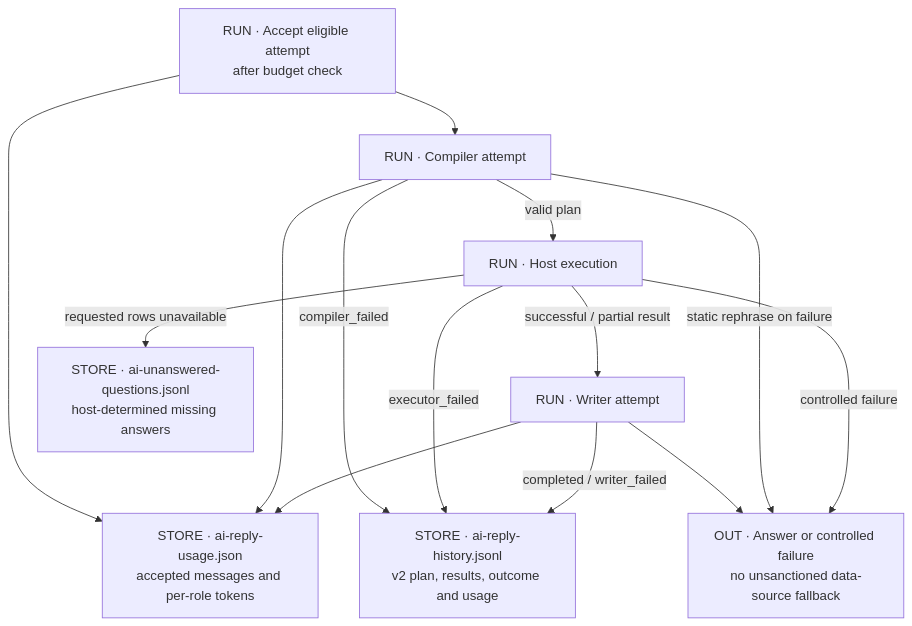
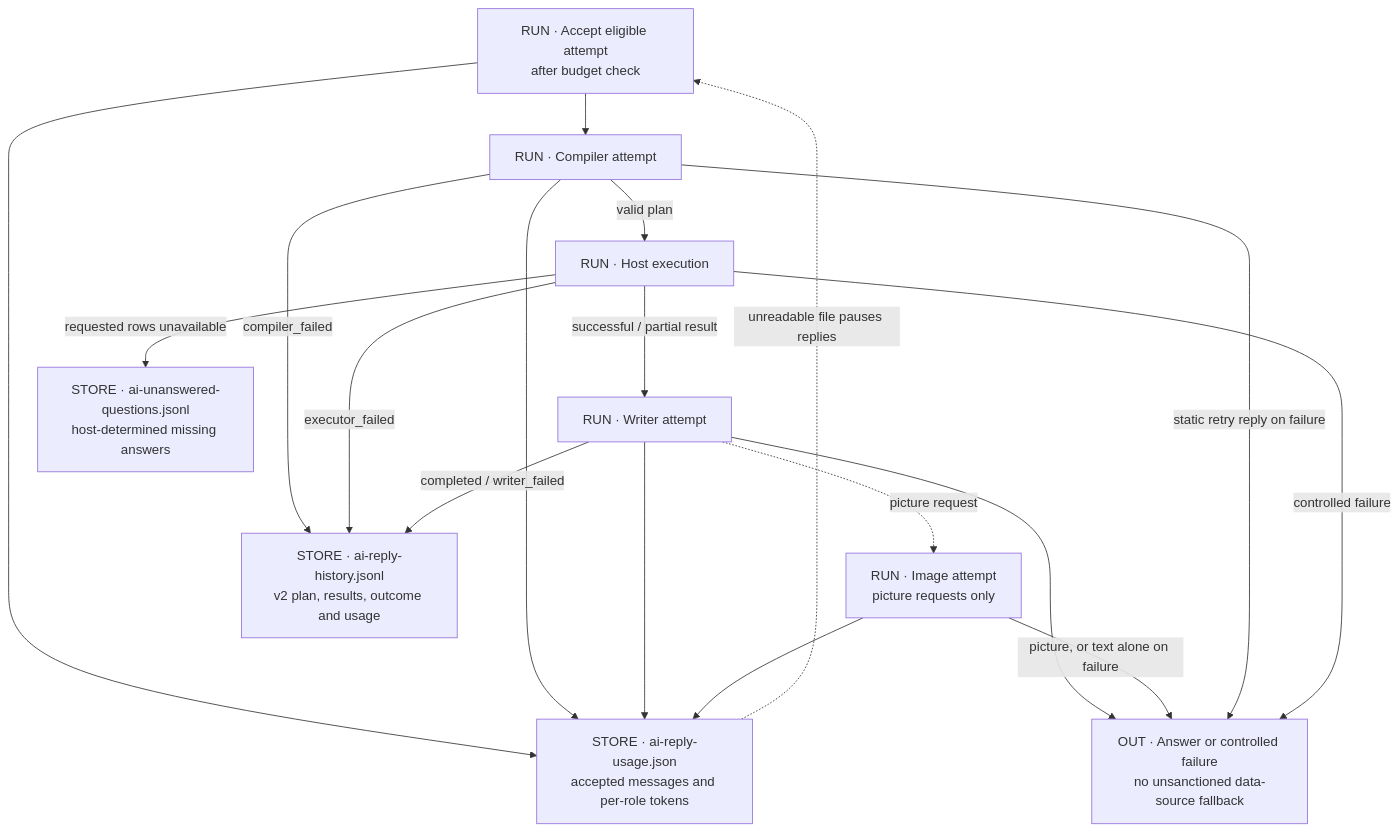
Before and after one commit to raymdl/kdm-bf6-rankings: the third of 4 diagrams in atlas/AI.md, drawn with Mermaid. The commit also changed other lines of this file and 10 other files, not shown here.

````diff
--- a/atlas/AI.md
+++ b/atlas/AI.md
@@ -77,24 +84,29 @@
 ```mermaid
 flowchart TB
   ACCEPT["RUN · Accept eligible attempt<br/>after budget check"]
   COMP["RUN · Compiler attempt"]
   EXEC["RUN · Host execution"]
   WRITE["RUN · Writer attempt"]
+  IMG["RUN · Image attempt<br/>picture requests only"]
   HIST["STORE · ai-reply-history.jsonl<br/>v2 plan, results, outcome and usage"]
   USAGE["STORE · ai-reply-usage.json<br/>accepted messages and per-role tokens"]
   MISS["STORE · ai-unanswered-questions.jsonl<br/>host-determined missing answers"]
   OUT["OUT · Answer or controlled failure<br/>no unsanctioned data-source fallback"]
   ACCEPT --> USAGE
   ACCEPT --> COMP
   COMP -->|"valid plan"| EXEC
   COMP -->|"compiler_failed"| HIST
   EXEC -->|"successful / partial result"| WRITE
   EXEC -->|"executor_failed"| HIST
   EXEC -->|"requested rows unavailable"| MISS
   WRITE -->|"completed / writer_failed"| HIST
   COMP --> USAGE
   WRITE --> USAGE
   WRITE --> OUT
-  COMP -->|"static rephrase on failure"| OUT
+  WRITE -.->|"picture request"| IMG
+  IMG --> USAGE
+  IMG -->|"picture, or text alone on failure"| OUT
+  USAGE -.->|"unreadable file pauses replies"| ACCEPT
+  COMP -->|"static retry reply on failure"| OUT
   EXEC -->|"controlled failure"| OUT
 ```
````
